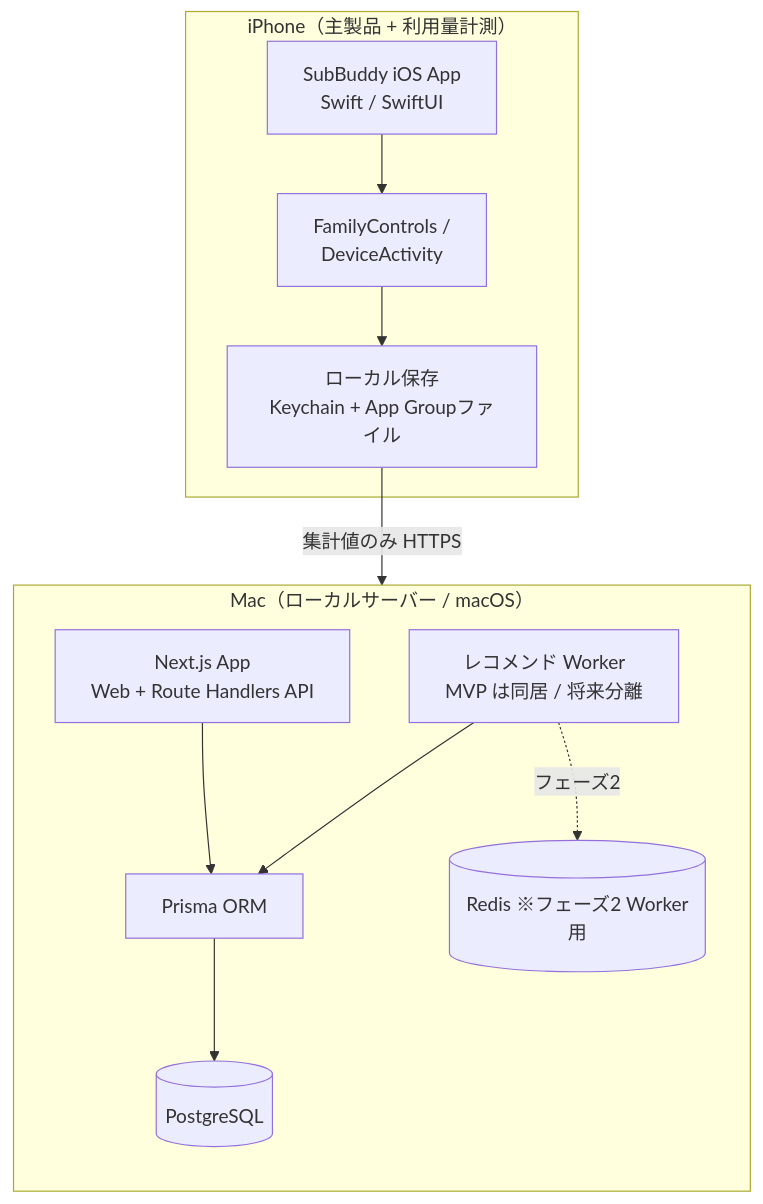
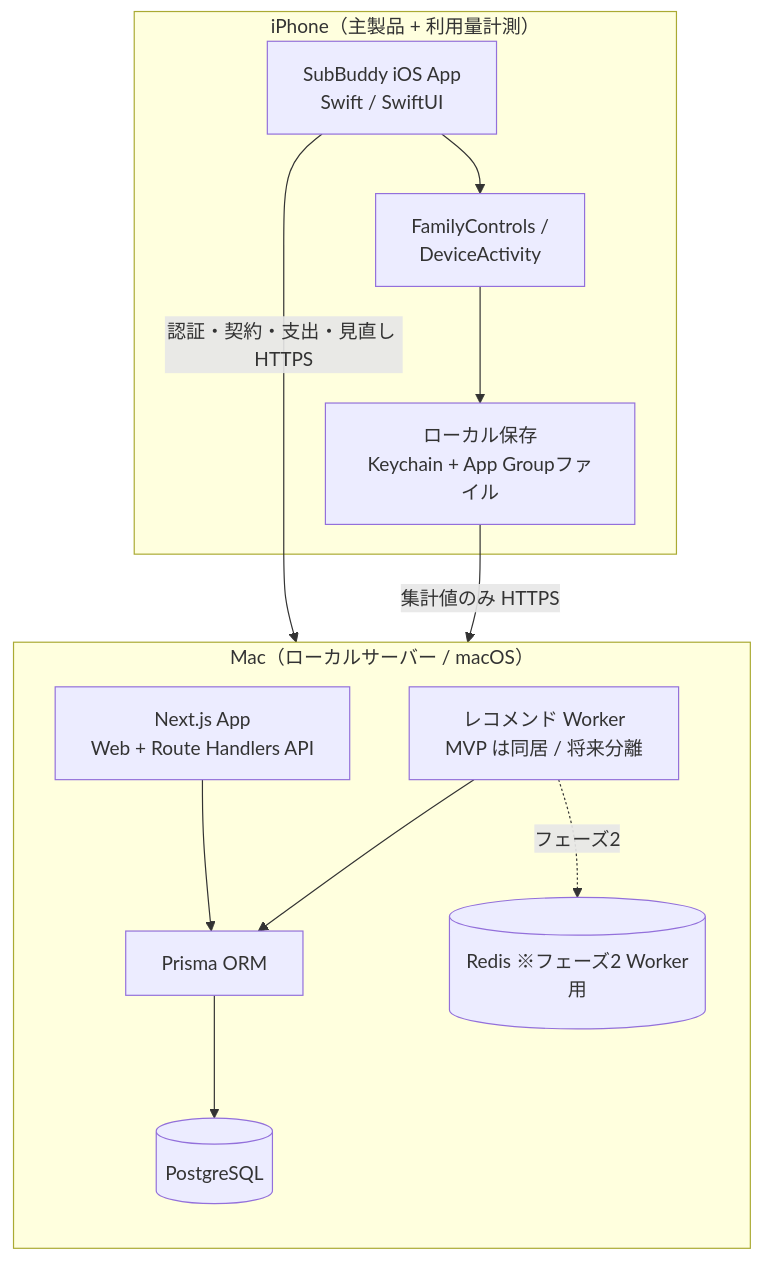
The first of 3 diagrams in docs/architecture.md (Shintaro-Abe/SubBuddy), drawn with Mermaid before and after one commit. The commit also changed other lines of this file and 26 other files, not shown here.

````diff
--- a/docs/architecture.md
+++ b/docs/architecture.md
@@ -31,23 +31,24 @@
 ```mermaid
 flowchart TB
   subgraph iPhone[iPhone（主製品 + 利用量計測）]
     IOS[SubBuddy iOS App<br/>Swift / SwiftUI]
     FC[FamilyControls /<br/>DeviceActivity]
     LStore[ローカル保存<br/>Keychain + App Groupファイル]
   end
 
   subgraph Mac[Mac（ローカルサーバー / macOS）]
     direction TB
     Next[Next.js App<br/>Web + Route Handlers API]
     WorkerProc[レコメンド Worker<br/>MVP は同居 / 将来分離]
     Prisma[Prisma ORM]
     PG[(PostgreSQL)]
     RedisQ[(Redis ※フェーズ2 Worker用)]
   end
 
   IOS --> FC --> LStore
+  IOS -->|認証・契約・支出・見直し HTTPS| Next
   LStore -->|集計値のみ HTTPS| Next
   Next --> Prisma --> PG
   WorkerProc --> Prisma
   WorkerProc -. フェーズ2 .-> RedisQ
 ```
````
